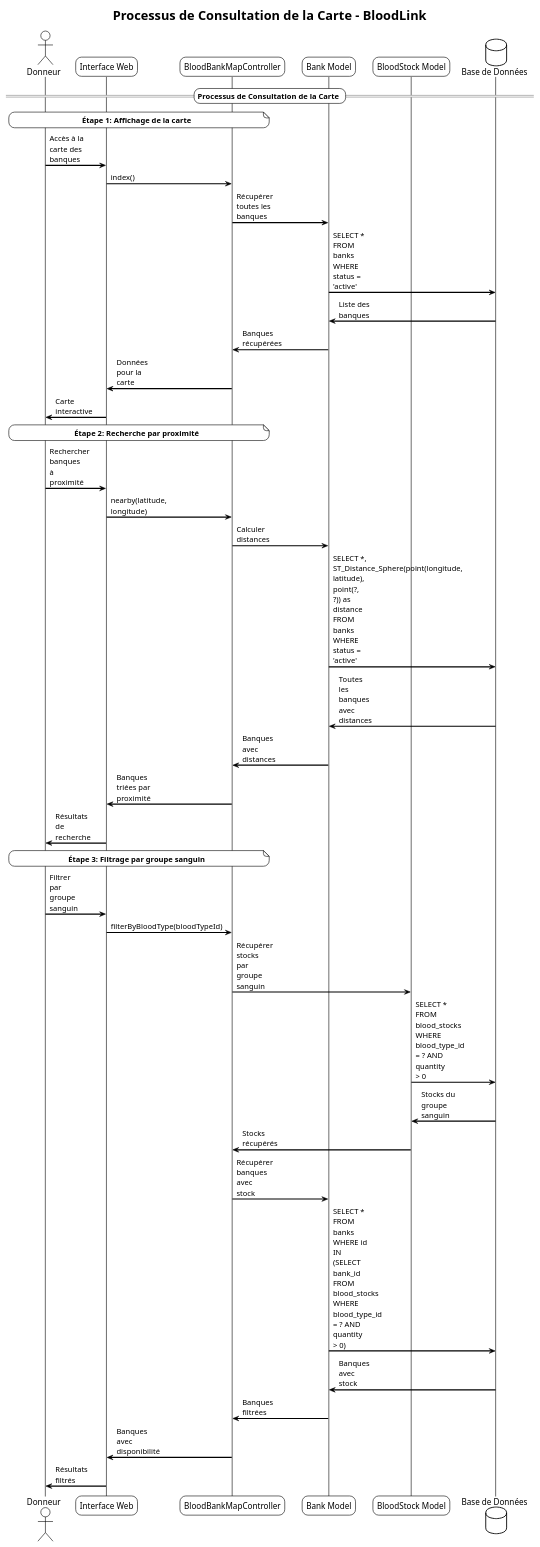
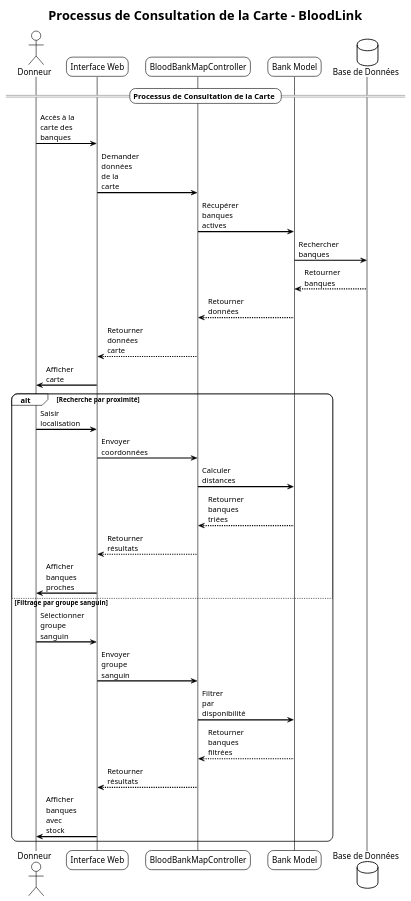
The diagram in diagramme_sequences_bloodlink_carte.puml (KevinKpekpe/bloodbank_plateforme), drawn with PlantUML before and after one commit. The commit also changed 3 other files, not shown here.

```diff
--- a/diagramme_sequences_bloodlink_carte.puml
+++ b/diagramme_sequences_bloodlink_carte.puml
@@ -1,56 +1,46 @@
 @startuml Diagramme de Séquences - BloodLink - Consultation de la Carte
 
 !theme plain
 skinparam backgroundColor #FFFFFF
 skinparam sequenceArrowThickness 2
 skinparam roundcorner 20
 skinparam maxmessagesize 60
 
 title **Processus de Consultation de la Carte - BloodLink**
 
 actor "Donneur" as Donor
 
 participant "Interface Web" as UI
 participant "BloodBankMapController" as MapCtrl
 participant "Bank Model" as BankModel
-participant "BloodStock Model" as StockModel
 
 database "Base de Données" as DB
 
 == **Processus de Consultation de la Carte** ==
 
-note over Donor, MapCtrl : **Étape 1: Affichage de la carte**
 Donor -> UI: Accès à la carte des banques
-UI -> MapCtrl: index()
-MapCtrl -> BankModel: Récupérer toutes les banques
-BankModel -> DB: SELECT * FROM banks WHERE status = 'active'
-DB -> BankModel: Liste des banques
-BankModel -> MapCtrl: Banques récupérées
-MapCtrl -> UI: Données pour la carte
-UI -> Donor: Carte interactive
+UI -> MapCtrl: Demander données de la carte
+MapCtrl -> BankModel: Récupérer banques actives
+BankModel -> DB: Rechercher banques
+DB --> BankModel: Retourner banques
+BankModel --> MapCtrl: Retourner données
+MapCtrl --> UI: Retourner données carte
+UI -> Donor: Afficher carte
 
-note over Donor, MapCtrl : **Étape 2: Recherche par proximité**
-Donor -> UI: Rechercher banques à proximité
-UI -> MapCtrl: nearby(latitude, longitude)
-MapCtrl -> BankModel: Calculer distances
-BankModel -> DB: SELECT *, ST_Distance_Sphere(point(longitude, latitude), point(?, ?)) as distance FROM banks WHERE status = 'active'
-DB -> BankModel: Toutes les banques avec distances
-BankModel -> MapCtrl: Banques avec distances
-MapCtrl -> UI: Banques triées par proximité
-UI -> Donor: Résultats de recherche
-
-note over Donor, MapCtrl : **Étape 3: Filtrage par groupe sanguin**
-Donor -> UI: Filtrer par groupe sanguin
-UI -> MapCtrl: filterByBloodType(bloodTypeId)
-MapCtrl -> StockModel: Récupérer stocks par groupe sanguin
-StockModel -> DB: SELECT * FROM blood_stocks WHERE blood_type_id = ? AND quantity > 0
-DB -> StockModel: Stocks du groupe sanguin
-StockModel -> MapCtrl: Stocks récupérés
-MapCtrl -> BankModel: Récupérer banques avec stock
-BankModel -> DB: SELECT * FROM banks WHERE id IN (SELECT bank_id FROM blood_stocks WHERE blood_type_id = ? AND quantity > 0)
-DB -> BankModel: Banques avec stock
-BankModel -> MapCtrl: Banques filtrées
-MapCtrl -> UI: Banques avec disponibilité
-UI -> Donor: Résultats filtrés
+alt Recherche par proximité
+    Donor -> UI: Saisir localisation
+    UI -> MapCtrl: Envoyer coordonnées
+    MapCtrl -> BankModel: Calculer distances
+    BankModel --> MapCtrl: Retourner banques triées
+    MapCtrl --> UI: Retourner résultats
+    UI -> Donor: Afficher banques proches
+else Filtrage par groupe sanguin
+    Donor -> UI: Sélectionner groupe sanguin
+    UI -> MapCtrl: Envoyer groupe sanguin
+    MapCtrl -> BankModel: Filtrer par disponibilité
+    BankModel --> MapCtrl: Retourner banques filtrées
+    MapCtrl --> UI: Retourner résultats
+    UI -> Donor: Afficher banques avec stock
+end
 
 @enduml
```
